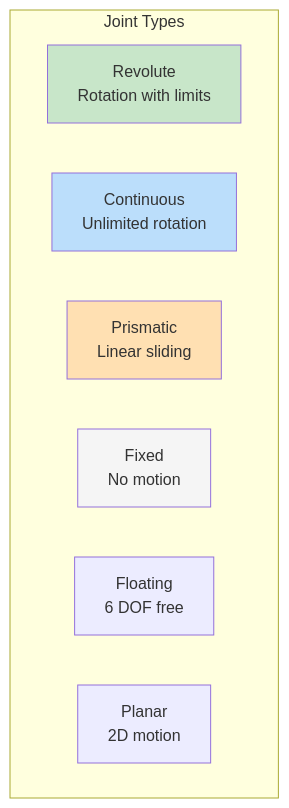
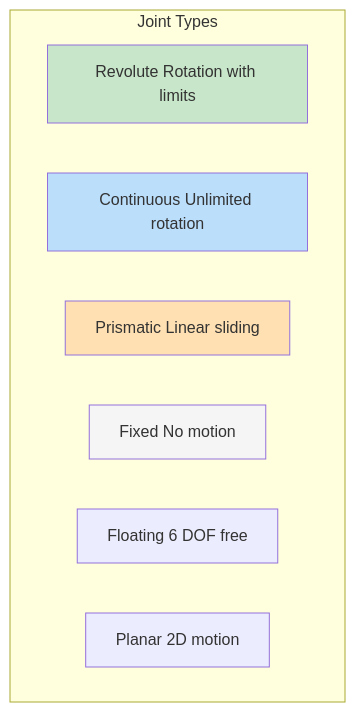
The third of 3 diagrams in docs/modules/module-1-ros2/chapter-03-urdf.md (shakir-hussain1/physical-AI-and-humanoid-robotics-textbook-by-shakir-hussain), drawn with Mermaid before and after one commit. The commit also changed other lines of this file and 17 other files, not shown here.

Commit message:
fix: Remove br tags from Mermaid diagrams causing parse errors

````diff
--- a/docs/modules/module-1-ros2/chapter-03-urdf.md
+++ b/docs/modules/module-1-ros2/chapter-03-urdf.md
@@ -224,16 +224,16 @@
 ```mermaid
 graph TB
     subgraph "Joint Types"
-        REV[Revolute<br/>Rotation with limits]
-        CONT[Continuous<br/>Unlimited rotation]
-        PRIS[Prismatic<br/>Linear sliding]
-        FIXED[Fixed<br/>No motion]
-        FLOAT[Floating<br/>6 DOF free]
-        PLAN[Planar<br/>2D motion]
+        REV[Revolute Rotation with limits]
+        CONT[Continuous Unlimited rotation]
+        PRIS[Prismatic Linear sliding]
+        FIXED[Fixed No motion]
+        FLOAT[Floating 6 DOF free]
+        PLAN[Planar 2D motion]
     end
 
     style REV fill:#c8e6c9
     style CONT fill:#bbdefb
     style PRIS fill:#ffe0b2
     style FIXED fill:#f5f5f5
 ```
````
